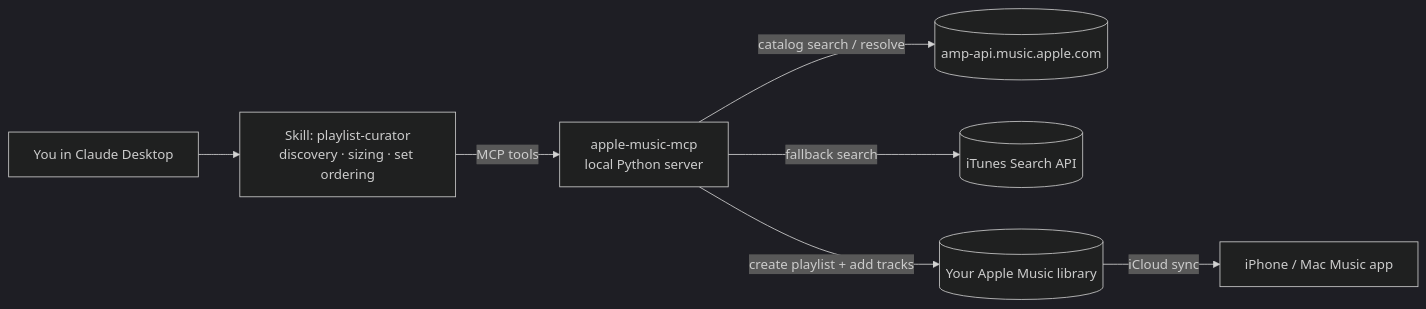
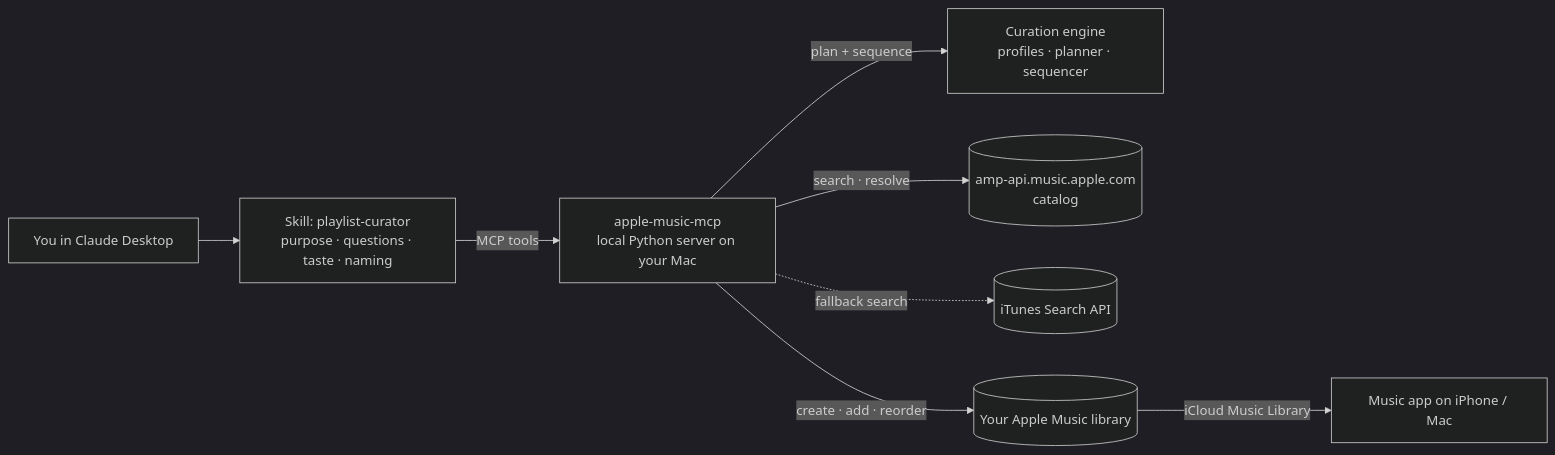
One commit to eikesf/playlist-generator changed the first of 2 diagrams in README.md. Above: the diagram before and after it, drawn with Mermaid (dark theme). The commit also changed other lines of this file and 10 other files, not shown here.

First line of the commit message:
Write shareable README and architecture decision records

````diff
--- a/README.md
+++ b/README.md
@@ -5,9 +59,10 @@
 ```mermaid
 flowchart LR
-    U[You in Claude Desktop] --> S[Skill: playlist-curator<br/>discovery · sizing · set ordering]
-    S -->|MCP tools| M[apple-music-mcp<br/>local Python server]
-    M -->|catalog search / resolve| A[(amp-api.music.apple.com)]
-    M -->|fallback search| I[(iTunes Search API)]
-    M -->|create playlist + add tracks| L[(Your Apple Music library)]
-    L -->|iCloud sync| P[iPhone / Mac Music app]
+    U[You in Claude Desktop] --> S[Skill: playlist-curator<br/>purpose · questions · taste · naming]
+    S -->|MCP tools| M[apple-music-mcp<br/>local Python server on your Mac]
+    M -->|plan + sequence| C[Curation engine<br/>profiles · planner · sequencer]
+    M -->|search · resolve| A[(amp-api.music.apple.com<br/>catalog)]
+    M -.->|fallback search| I[(iTunes Search API)]
+    M -->|create · add · reorder| L[(Your Apple Music library)]
+    L -->|iCloud Music Library| P[Music app on iPhone / Mac]
 ```
````
